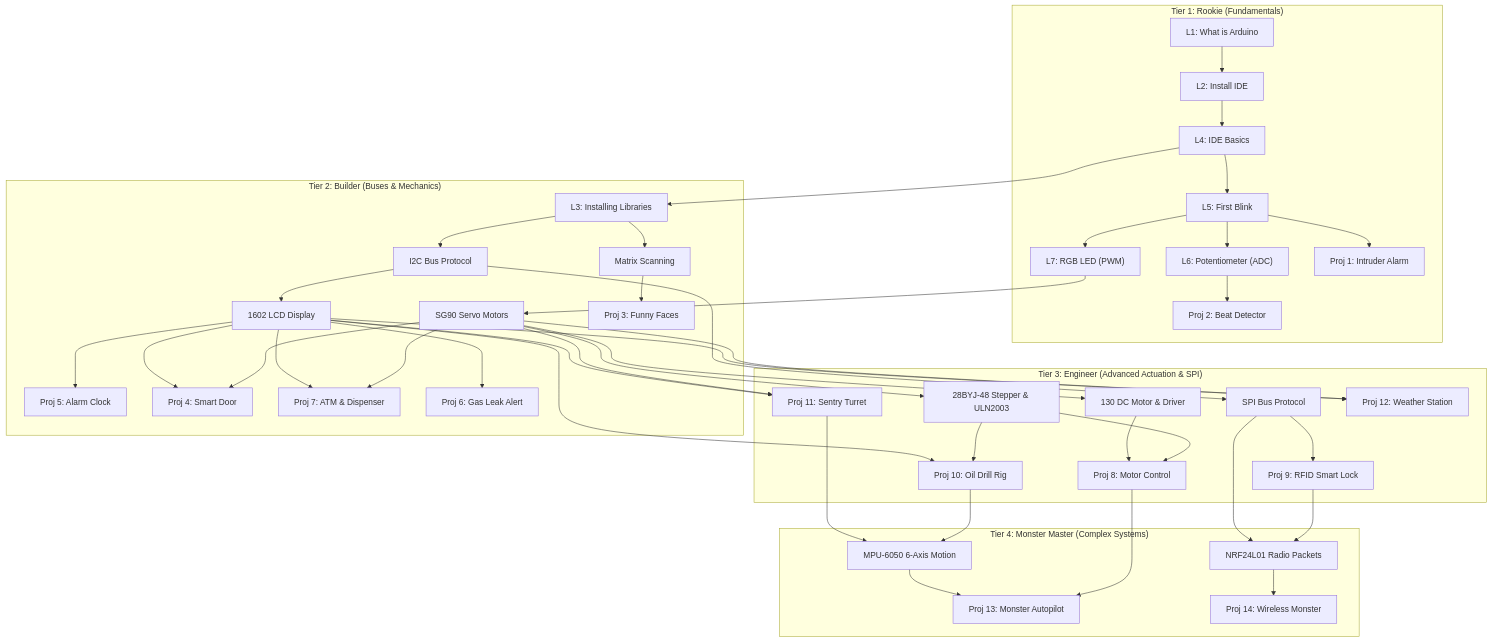
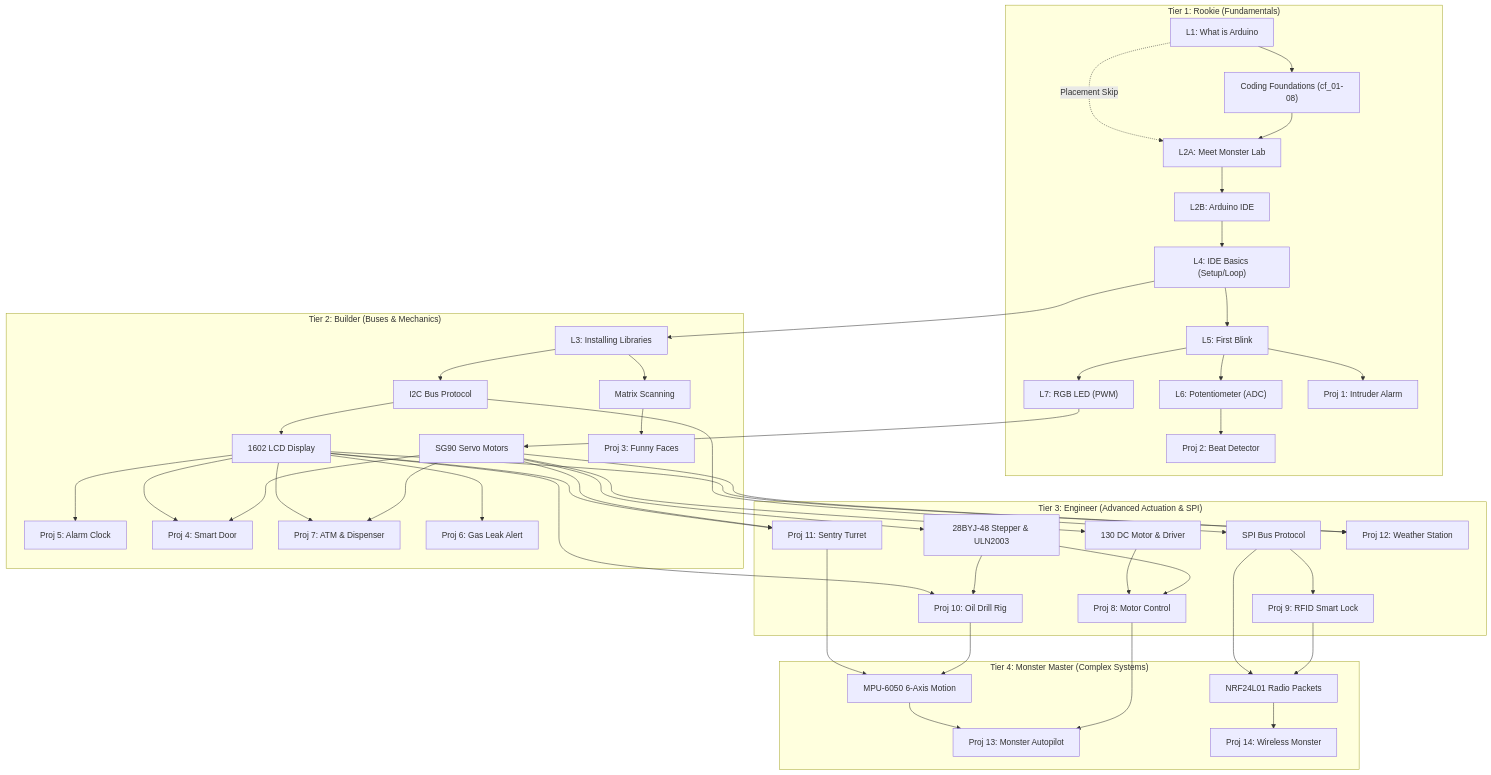
One commit to jakej985-rgb/Monster-Lab changed the diagram in audit/04_lesson_dependency_map.md. Above: the diagram before and after it, drawn with Mermaid. The commit also changed 17 other files, not shown here.

````diff
--- a/audit/04_lesson_dependency_map.md
+++ b/audit/04_lesson_dependency_map.md
@@ -11,43 +11,46 @@
 ```mermaid
 flowchart TD
     subgraph Rookie ["Tier 1: Rookie (Fundamentals)"]
-        L1["L1: What is Arduino"] --> L2["L2: Install IDE"]
-        L2 --> L4["L4: IDE Basics"]
+        L1["L1: What is Arduino"] --> CF["Coding Foundations (cf_01-08)"]
+        L1 -. "Placement Skip" .-> L2A["L2A: Meet Monster Lab"]
+        CF --> L2A
+        L2A --> L2B["L2B: Arduino IDE"]
+        L2B --> L4["L4: IDE Basics (Setup/Loop)"]
         L4 --> L5["L5: First Blink"]
         L5 --> L6["L6: Potentiometer (ADC)"]
         L5 --> L7["L7: RGB LED (PWM)"]
         L5 --> P01["Proj 1: Intruder Alarm"]
         L6 --> P02["Proj 2: Beat Detector"]
     end
 
     subgraph Builder ["Tier 2: Builder (Buses & Mechanics)"]
         L4 --> L3["L3: Installing Libraries"]
         L3 --> I2C["I2C Bus Protocol"]
         L3 --> MATRIX["Matrix Scanning"]
         I2C --> LCD["1602 LCD Display"]
         L7 --> SERVO["SG90 Servo Motors"]
         LCD --> P05["Proj 5: Alarm Clock"]
         LCD & SERVO --> P04["Proj 4: Smart Door"]
         LCD & SERVO --> P07["Proj 7: ATM & Dispenser"]
         LCD --> P06["Proj 6: Gas Leak Alert"]
         MATRIX --> P03["Proj 3: Funny Faces"]
     end
 
     subgraph Engineer ["Tier 3: Engineer (Advanced Actuation & SPI)"]
         I2C --> SPI["SPI Bus Protocol"]
         SERVO --> STEPPER["28BYJ-48 Stepper & ULN2003"]
         SERVO --> DC["130 DC Motor & Driver"]
         DC & STEPPER --> P08["Proj 8: Motor Control"]
         SPI --> P09["Proj 9: RFID Smart Lock"]
         LCD & STEPPER --> P10["Proj 10: Oil Drill Rig"]
         LCD & SERVO --> P11["Proj 11: Sentry Turret"]
         LCD & SERVO --> P12["Proj 12: Weather Station"]
     end
 
     subgraph Master ["Tier 4: Monster Master (Complex Systems)"]
         P11 & P10 --> IMU["MPU-6050 6-Axis Motion"]
         IMU & P08 --> P13["Proj 13: Monster Autopilot"]
         SPI & P09 --> RADIO["NRF24L01 Radio Packets"]
         RADIO --> P14["Proj 14: Wireless Monster"]
     end
 ```
````
